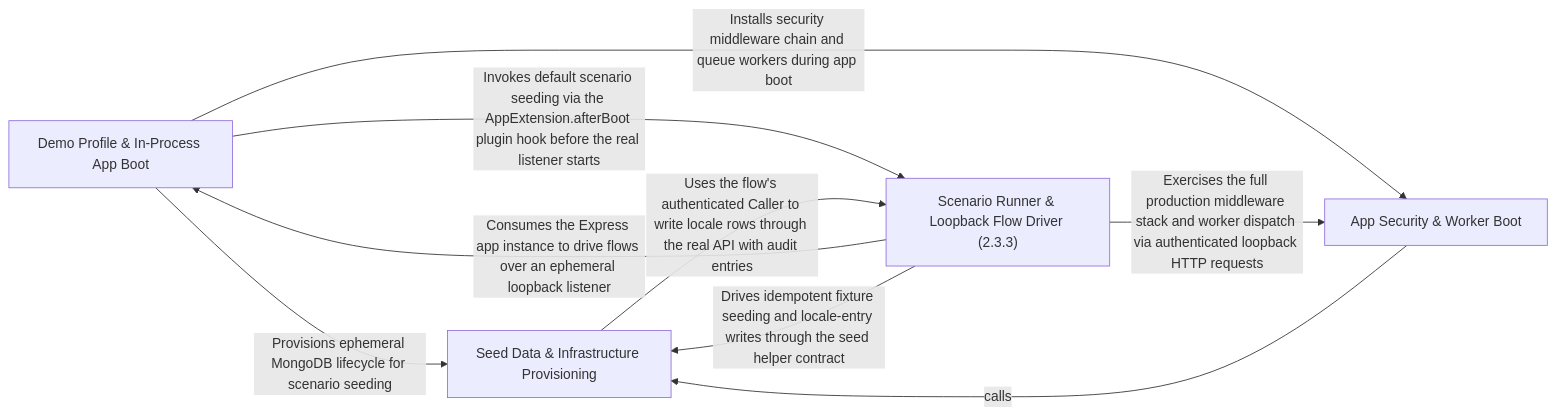
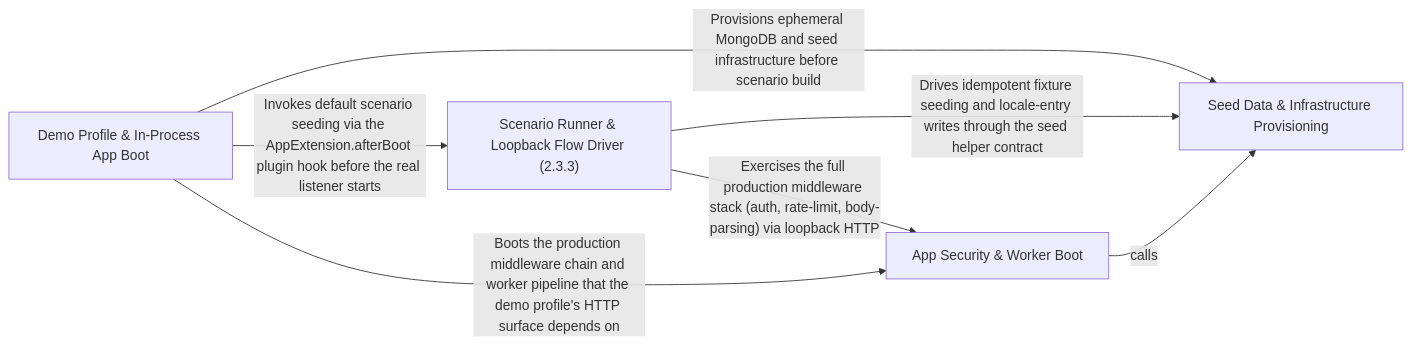
The diagram in .2brain/arch/Scenario_Runner_Loopback_Flow_Driver.md (Guebbit/boilerplate-node-backend), drawn with Mermaid before and after one commit. The commit also changed other lines of this file and 1102 other files, not shown here.

````diff
--- a/.2brain/arch/Scenario_Runner_Loopback_Flow_Driver.md
+++ b/.2brain/arch/Scenario_Runner_Loopback_Flow_Driver.md
@@ -10,15 +10,13 @@
 ```mermaid
 graph LR
     Demo_Profile_In_Process_App_Boot["Demo Profile & In-Process App Boot"]
     Seed_Data_Infrastructure_Provisioning["Seed Data & Infrastructure Provisioning"]
     Scenario_Runner_Loopback_Flow_Driver_2_3_3_["Scenario Runner & Loopback Flow Driver (2.3.3)"]
     App_Security_Worker_Boot["App Security & Worker Boot"]
-    Demo_Profile_In_Process_App_Boot -- "Provisions ephemeral MongoDB lifecycle for scenario seeding" --> Seed_Data_Infrastructure_Provisioning
+    Demo_Profile_In_Process_App_Boot -- "Provisions ephemeral MongoDB and seed infrastructure before scenario build" --> Seed_Data_Infrastructure_Provisioning
     Demo_Profile_In_Process_App_Boot -- "Invokes default scenario seeding via the AppExtension.afterBoot plugin hook before the real listener starts" --> Scenario_Runner_Loopback_Flow_Driver_2_3_3_
-    Demo_Profile_In_Process_App_Boot -- "Installs security middleware chain and queue workers during app boot" --> App_Security_Worker_Boot
-    Seed_Data_Infrastructure_Provisioning -- "Uses the flow's authenticated Caller to write locale rows through the real API with audit entries" --> Scenario_Runner_Loopback_Flow_Driver_2_3_3_
-    Scenario_Runner_Loopback_Flow_Driver_2_3_3_ -- "Consumes the Express app instance to drive flows over an ephemeral loopback listener" --> Demo_Profile_In_Process_App_Boot
+    Demo_Profile_In_Process_App_Boot -- "Boots the production middleware chain and worker pipeline that the demo profile's HTTP surface depends on" --> App_Security_Worker_Boot
     Scenario_Runner_Loopback_Flow_Driver_2_3_3_ -- "Drives idempotent fixture seeding and locale-entry writes through the seed helper contract" --> Seed_Data_Infrastructure_Provisioning
-    Scenario_Runner_Loopback_Flow_Driver_2_3_3_ -- "Exercises the full production middleware stack and worker dispatch via authenticated loopback HTTP requests" --> App_Security_Worker_Boot
+    Scenario_Runner_Loopback_Flow_Driver_2_3_3_ -- "Exercises the full production middleware stack (auth, rate-limit, body-parsing) via loopback HTTP" --> App_Security_Worker_Boot
     App_Security_Worker_Boot -- "calls" --> Seed_Data_Infrastructure_Provisioning
 ```
````
